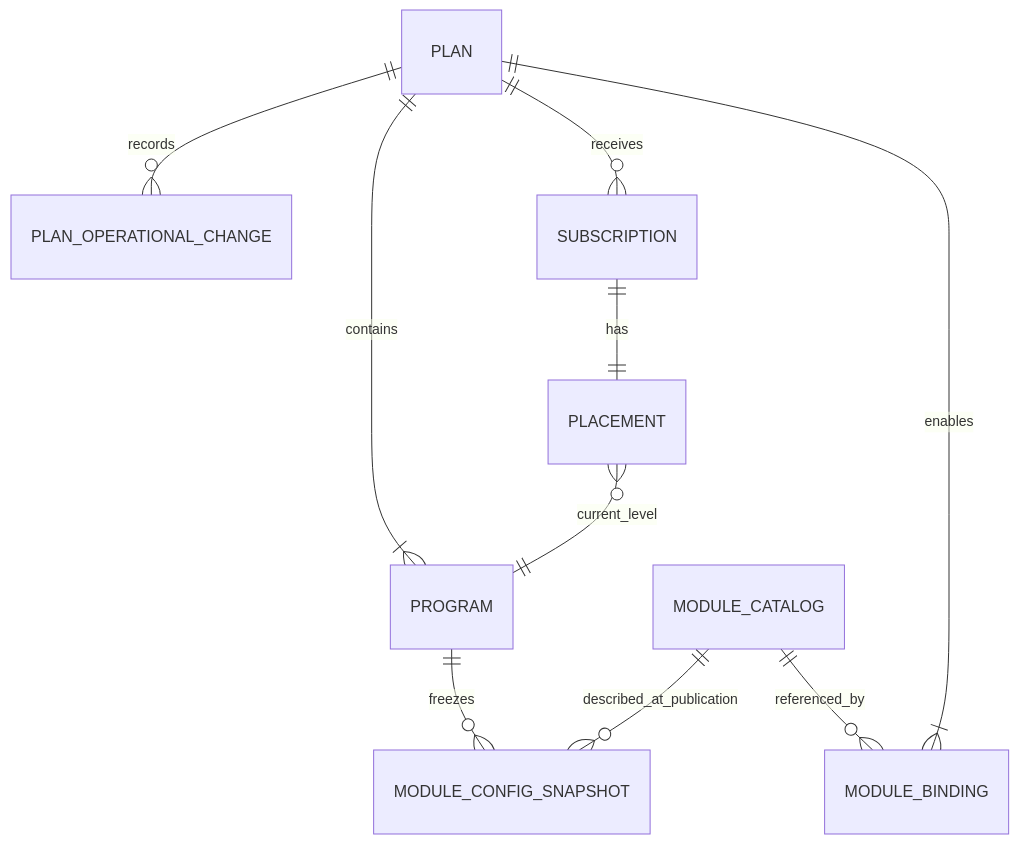
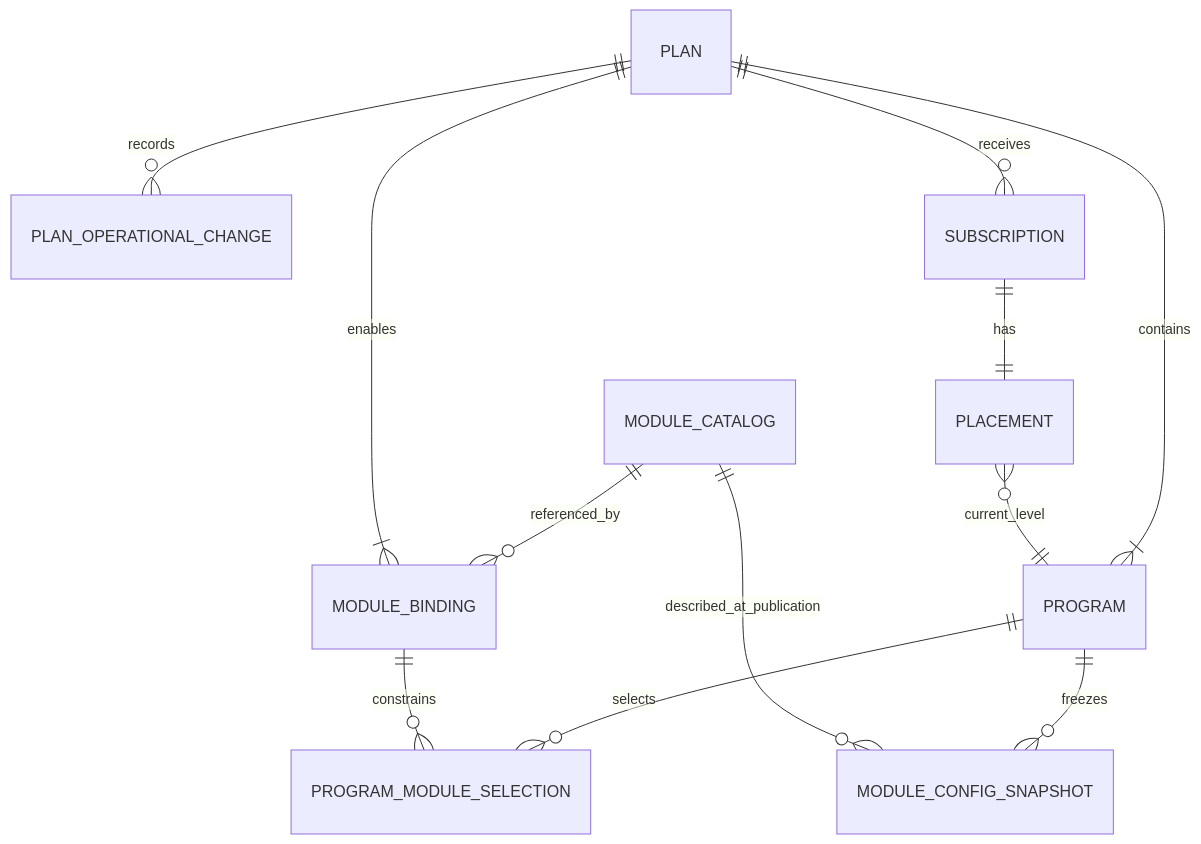
One commit to MMTech-Solutions/ib-service changed the diagram in docs/bds/plans-and-subscriptions.bds.md. Above: the diagram before and after it, drawn with Mermaid. The commit also changed other lines of this file and 72 other files, not shown here.

````diff
--- a/docs/bds/plans-and-subscriptions.bds.md
+++ b/docs/bds/plans-and-subscriptions.bds.md
@@ -36,12 +38,14 @@
 ```mermaid
 erDiagram
     MODULE_CATALOG ||--o{ MODULE_BINDING : referenced_by
     PLAN ||--|{ PROGRAM : contains
     PLAN ||--|{ MODULE_BINDING : enables
     PLAN ||--o{ PLAN_OPERATIONAL_CHANGE : records
+    PROGRAM ||--o{ PROGRAM_MODULE_SELECTION : selects
+    MODULE_BINDING ||--o{ PROGRAM_MODULE_SELECTION : constrains
     PROGRAM ||--o{ MODULE_CONFIG_SNAPSHOT : freezes
     MODULE_CATALOG ||--o{ MODULE_CONFIG_SNAPSHOT : described_at_publication
     PLAN ||--o{ SUBSCRIPTION : receives
     SUBSCRIPTION ||--|| PLACEMENT : has
     PLACEMENT }o--|| PROGRAM : current_level
 ```
````
